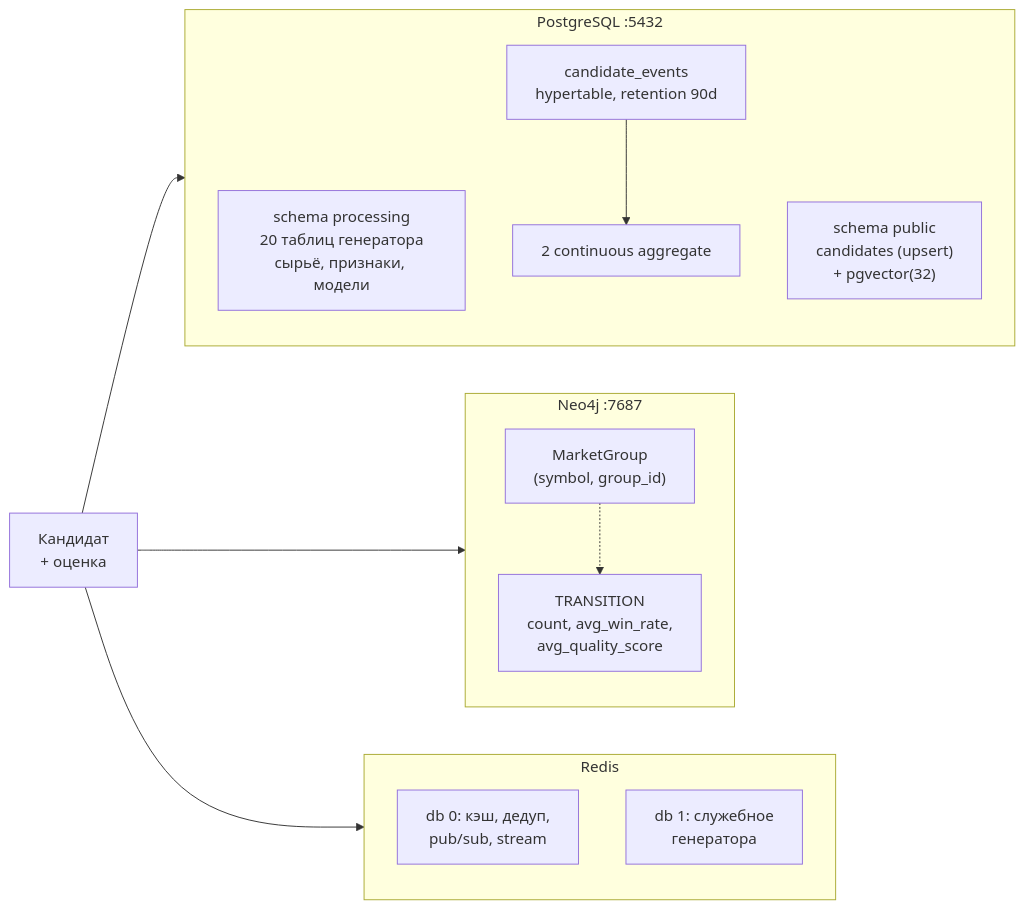
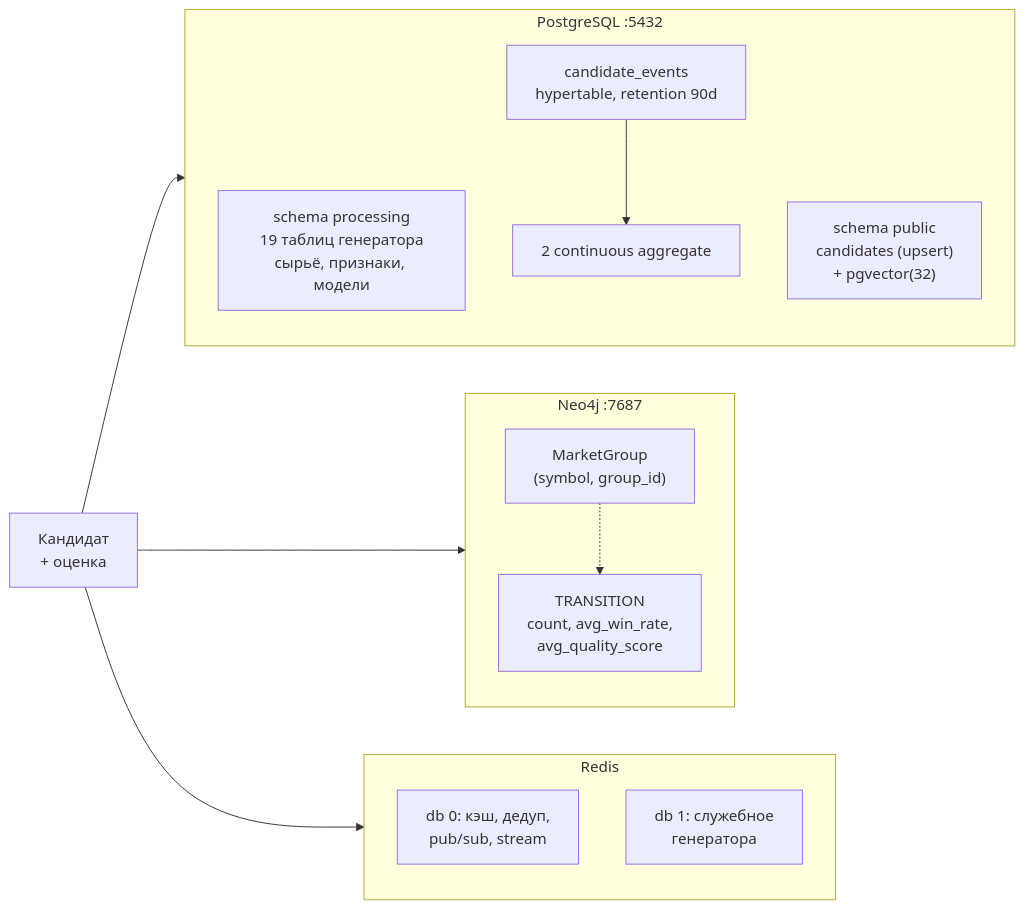
The diagram in docs/book/04-hranilishcha.md (research-invest/cryptograph), drawn with Mermaid before and after one commit. The commit also changed 7 other files, not shown here.

````diff
--- a/docs/book/04-hranilishcha.md
+++ b/docs/book/04-hranilishcha.md
@@ -14,22 +14,22 @@
 ```mermaid
 flowchart LR
     C["Кандидат<br/>+ оценка"] --> PG
     C --> N4
     C --> RD
     subgraph PG["PostgreSQL :5432"]
-        P1["schema processing<br/>20 таблиц генератора<br/>сырьё, признаки, модели"]
+        P1["schema processing<br/>19 таблиц генератора<br/>сырьё, признаки, модели"]
         P2["schema public<br/>candidates (upsert)<br/>+ pgvector(32)"]
         P3["candidate_events<br/>hypertable, retention 90d"]
         P4["2 continuous aggregate"]
         P3 --> P4
     end
     subgraph N4["Neo4j :7687"]
         G1["MarketGroup<br/>(symbol, group_id)"]
         G2["TRANSITION<br/>count, avg_win_rate,<br/>avg_quality_score"]
         G1 -.-> G2
     end
     subgraph RD["Redis"]
         R1["db 0: кэш, дедуп,<br/>pub/sub, stream"]
         R2["db 1: служебное<br/>генератора"]
     end
 ```
````
